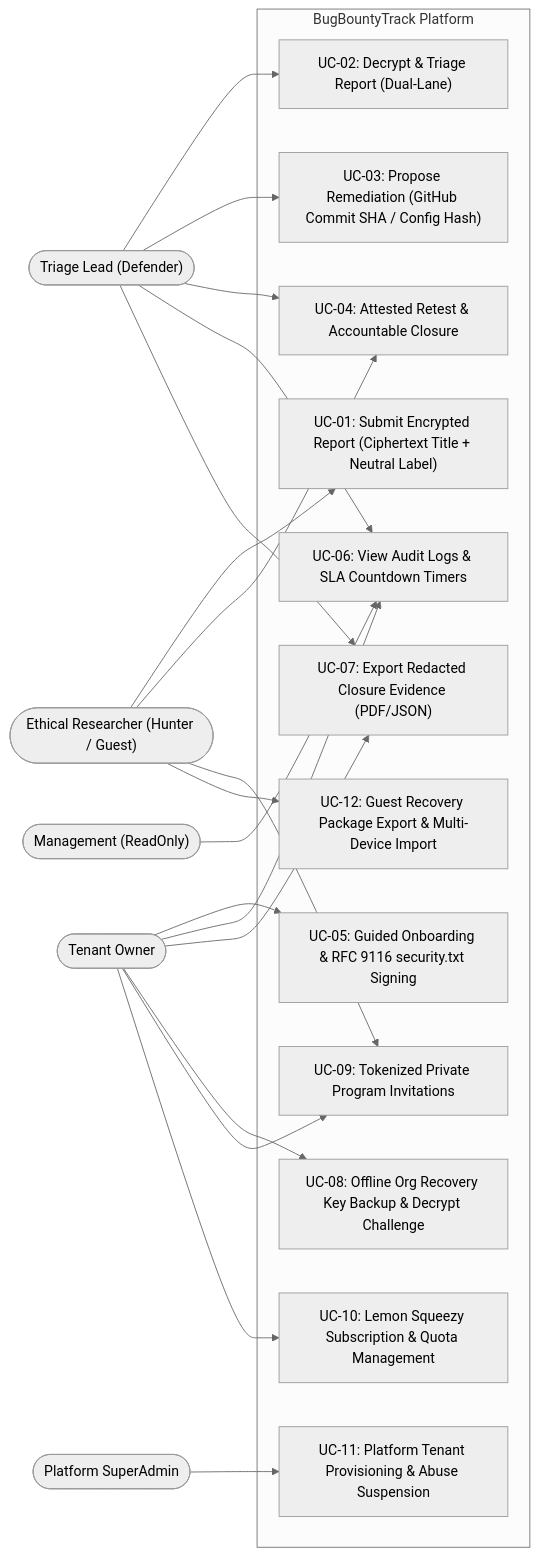
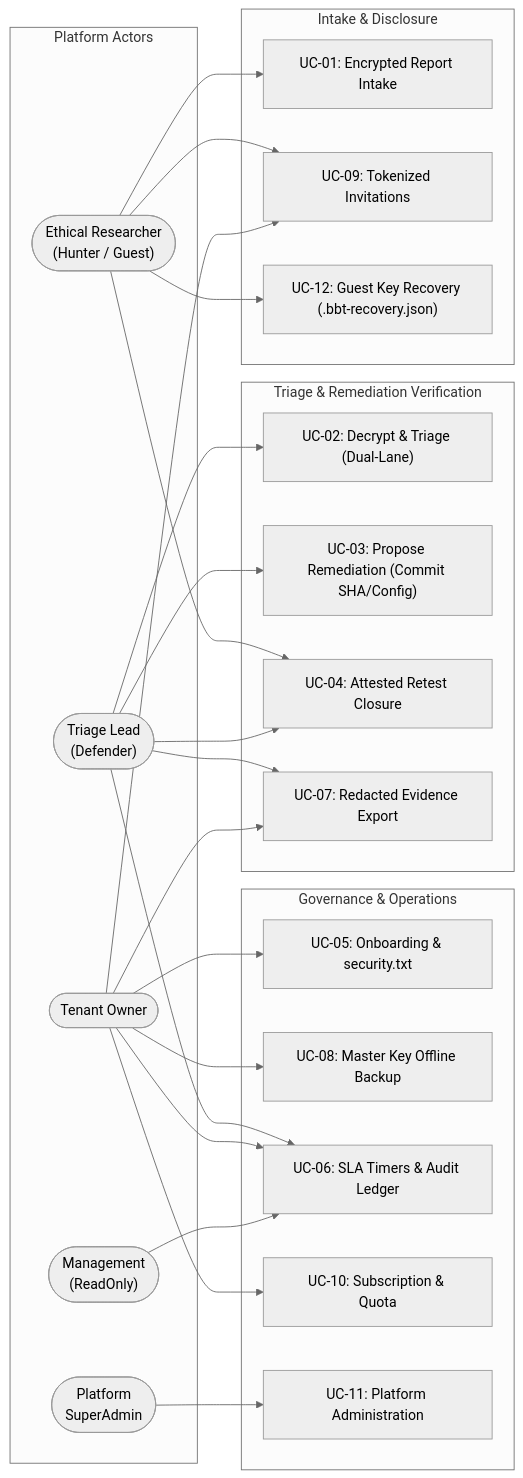
The second of 6 diagrams in requirements/SRS.md (Taha-Asad/BugBountyTracker), drawn with Mermaid (neutral theme) before and after one commit. The commit also changed other lines of this file and 27 other files, not shown here.

Commit message:
fix(spec): standardize RFC 9580 v6 keys, guest recovery bundle, program-defender rules, and section SET-B

````diff
--- a/requirements/SRS.md
+++ b/requirements/SRS.md
@@ -372,41 +374,52 @@
 ```mermaid
 flowchart LR
-    Hunter(["Ethical Researcher (Hunter / Guest)"])
-    Defender(["Triage Lead (Defender)"])
-    Owner(["Tenant Owner"])
-    ReadOnly(["Management (ReadOnly)"])
-    Admin(["Platform SuperAdmin"])
+    subgraph Actors["Platform Actors"]
+        Hunter(["Ethical Researcher<br/>(Hunter / Guest)"])
+        Defender(["Triage Lead<br/>(Defender)"])
+        Owner(["Tenant Owner"])
+        ReadOnly(["Management<br/>(ReadOnly)"])
+        Admin(["Platform<br/>SuperAdmin"])
+    end
 
-    subgraph BugBountyTrack["BugBountyTrack Platform"]
-        UC1["UC-01: Submit Encrypted Report (Ciphertext Title + Neutral Label)"]
-        UC2["UC-02: Decrypt & Triage Report (Dual-Lane)"]
-        UC3["UC-03: Propose Remediation (GitHub Commit SHA / Config Hash)"]
-        UC4["UC-04: Attested Retest & Accountable Closure"]
-        UC5["UC-05: Guided Onboarding & RFC 9116 security.txt Signing"]
-        UC6["UC-06: View Audit Logs & SLA Countdown Timers"]
-        UC7["UC-07: Export Redacted Closure Evidence (PDF/JSON)"]
-        UC8["UC-08: Offline Org Recovery Key Backup & Decrypt Challenge"]
-        UC9["UC-09: Tokenized Private Program Invitations"]
-        UC10["UC-10: Lemon Squeezy Subscription & Quota Management"]
-        UC11["UC-11: Platform Tenant Provisioning & Abuse Suspension"]
-        UC12["UC-12: Guest Recovery Package Export & Multi-Device Import"]
+    subgraph IntakeModule["Intake & Disclosure"]
+        UC1["UC-01: Encrypted Report Intake"]
+        UC9["UC-09: Tokenized Invitations"]
+        UC12["UC-12: Guest Key Recovery (.bbt-recovery.json)"]
+    end
+
+    subgraph TriageModule["Triage & Remediation Verification"]
+        UC2["UC-02: Decrypt & Triage (Dual-Lane)"]
+        UC3["UC-03: Propose Remediation (Commit SHA/Config)"]
+        UC4["UC-04: Attested Retest Closure"]
+        UC7["UC-07: Redacted Evidence Export"]
+    end
+
+    subgraph AdminModule["Governance & Operations"]
+        UC5["UC-05: Onboarding & security.txt"]
+        UC8["UC-08: Master Key Offline Backup"]
+        UC6["UC-06: SLA Timers & Audit Ledger"]
+        UC10["UC-10: Subscription & Quota"]
+        UC11["UC-11: Platform Administration"]
     end
 
     Hunter --> UC1
+    Hunter --> UC9
     Hunter --> UC4
-    Hunter --> UC9
     Hunter --> UC12
+
     Defender --> UC2
     Defender --> UC3
     Defender --> UC4
     Defender --> UC6
     Defender --> UC7
+
     Owner --> UC5
     Owner --> UC6
     Owner --> UC7
     Owner --> UC8
     Owner --> UC9
     Owner --> UC10
+
     ReadOnly --> UC6
     Admin --> UC11
 ```
````
